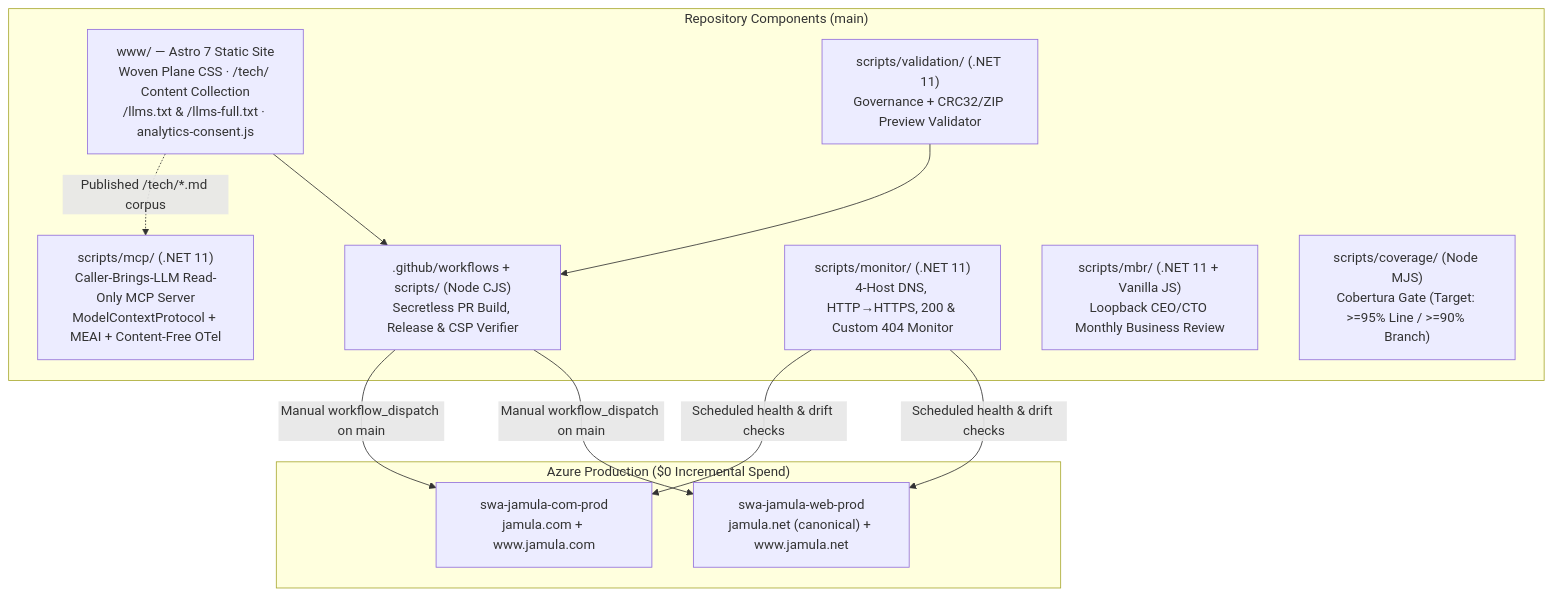
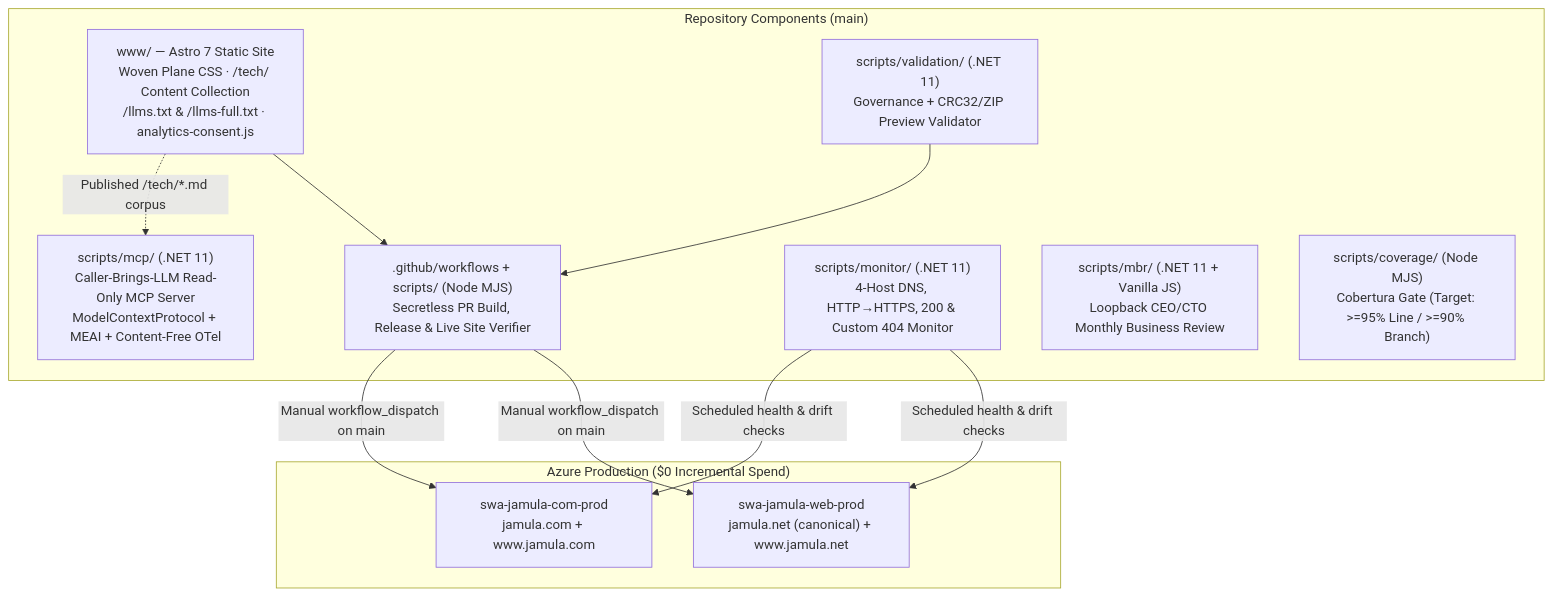
One commit to Jamula/Jamula-www-Website changed the diagram in README.md. Above: the diagram before and after it, drawn with Mermaid. The commit also changed other lines of this file and 45 other files, not shown here.

````diff
--- a/README.md
+++ b/README.md
@@ -15,23 +15,23 @@
 ```mermaid
 flowchart TB
   subgraph Repo["Repository Components (main)"]
     WWW["www/ — Astro 7 Static Site<br/>Woven Plane CSS · /tech/ Content Collection<br/>/llms.txt & /llms-full.txt · analytics-consent.js"]
     VAL["scripts/validation/ (.NET 11)<br/>Governance + CRC32/ZIP Preview Validator"]
-    GHA[".github/workflows + scripts/ (Node CJS)<br/>Secretless PR Build, Release & CSP Verifier"]
+    GHA[".github/workflows + scripts/ (Node MJS)<br/>Secretless PR Build, Release & Live Site Verifier"]
     MCP["scripts/mcp/ (.NET 11)<br/>Caller-Brings-LLM Read-Only MCP Server<br/>ModelContextProtocol + MEAI + Content-Free OTel"]
     MON["scripts/monitor/ (.NET 11)<br/>4-Host DNS, HTTP→HTTPS, 200 & Custom 404 Monitor"]
     MBR["scripts/mbr/ (.NET 11 + Vanilla JS)<br/>Loopback CEO/CTO Monthly Business Review"]
     COV["scripts/coverage/ (Node MJS)<br/>Cobertura Gate (Target: >=95% Line / >=90% Branch)"]
   end
 
   subgraph Prod["Azure Production ($0 Incremental Spend)"]
     SWA1["swa-jamula-web-prod<br/>jamula.net (canonical) + www.jamula.net"]
     SWA2["swa-jamula-com-prod<br/>jamula.com + www.jamula.com"]
   end
 
   WWW --> GHA
   VAL --> GHA
   WWW -.->|"Published /tech/*.md corpus"| MCP
   GHA -->|"Manual workflow_dispatch on main"| SWA1 & SWA2
   MON -->|"Scheduled health & drift checks"| SWA1 & SWA2
 ```
````
